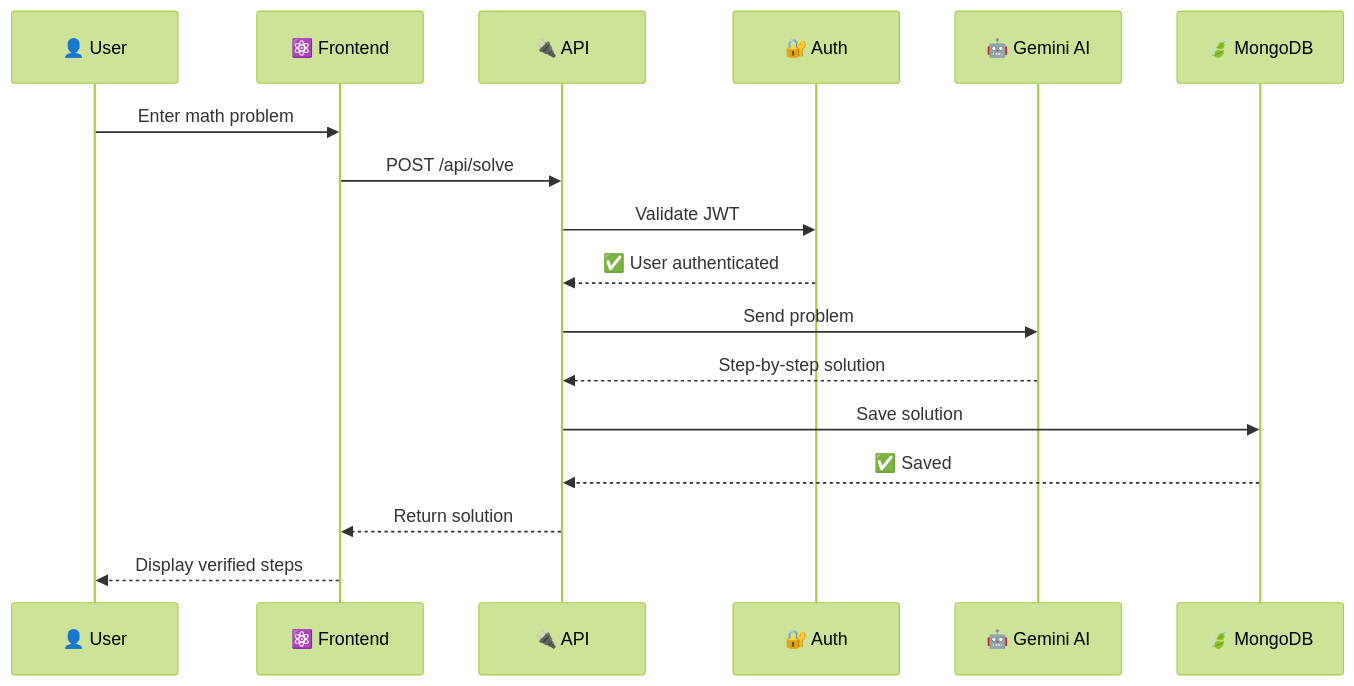
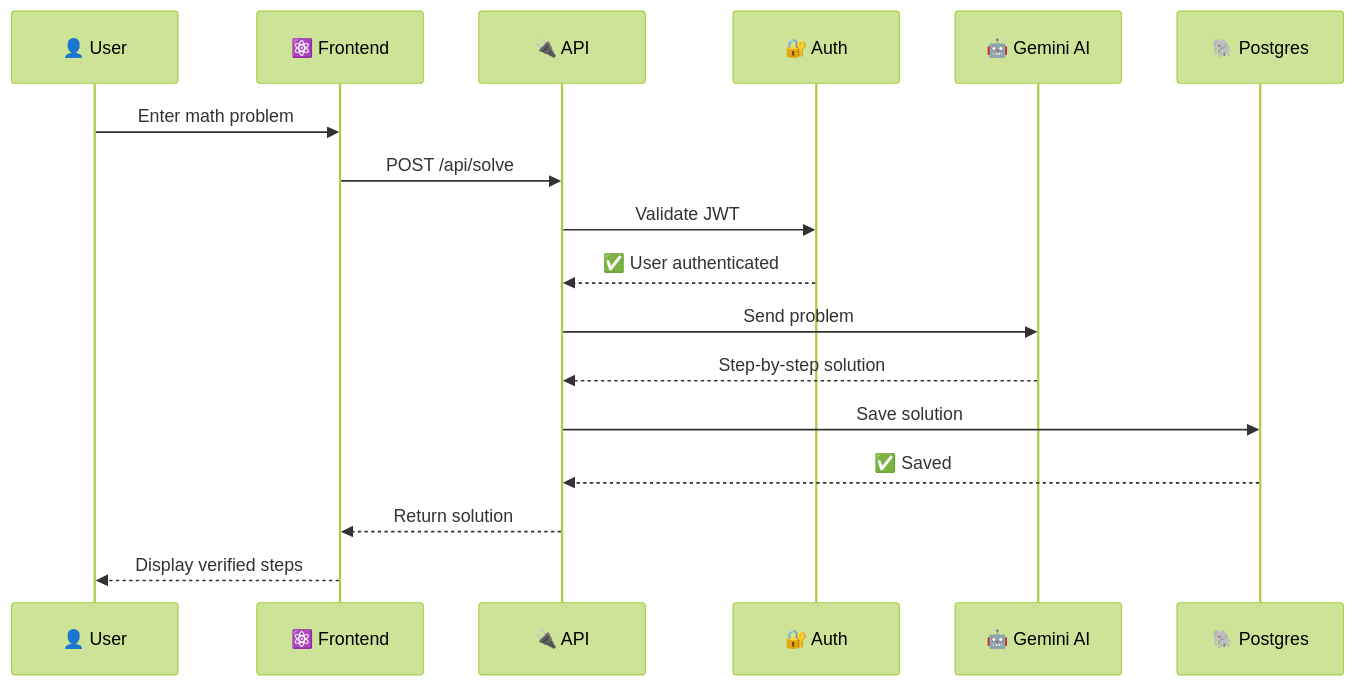
The second of 8 diagrams in docs/architecture.md (AbhishekBalija/MathGPT), drawn with Mermaid (forest theme) before and after one commit. The commit also changed other lines of this file and 16 other files, not shown here.

````diff
--- a/docs/architecture.md
+++ b/docs/architecture.md
@@ -72,20 +72,20 @@
 ```mermaid
 sequenceDiagram
     participant U as 👤 User
     participant F as ⚛️ Frontend
     participant A as 🔌 API
     participant M as 🔐 Auth
     participant AI as 🤖 Gemini AI
-    participant DB as 🍃 MongoDB
+    participant DB as 🐘 Postgres
 
     U->>F: Enter math problem
     F->>A: POST /api/solve
     A->>M: Validate JWT
     M-->>A: ✅ User authenticated
     A->>AI: Send problem
     AI-->>A: Step-by-step solution
     A->>DB: Save solution
     DB-->>A: ✅ Saved
     A-->>F: Return solution
     F-->>U: Display verified steps
 ```
````
